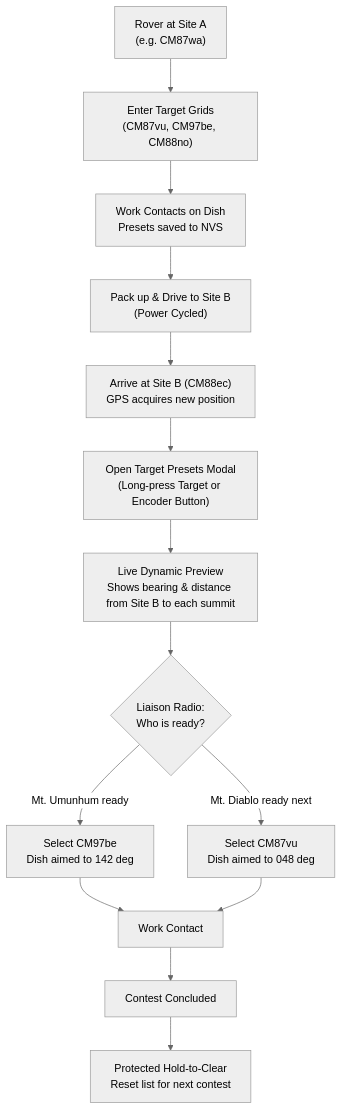
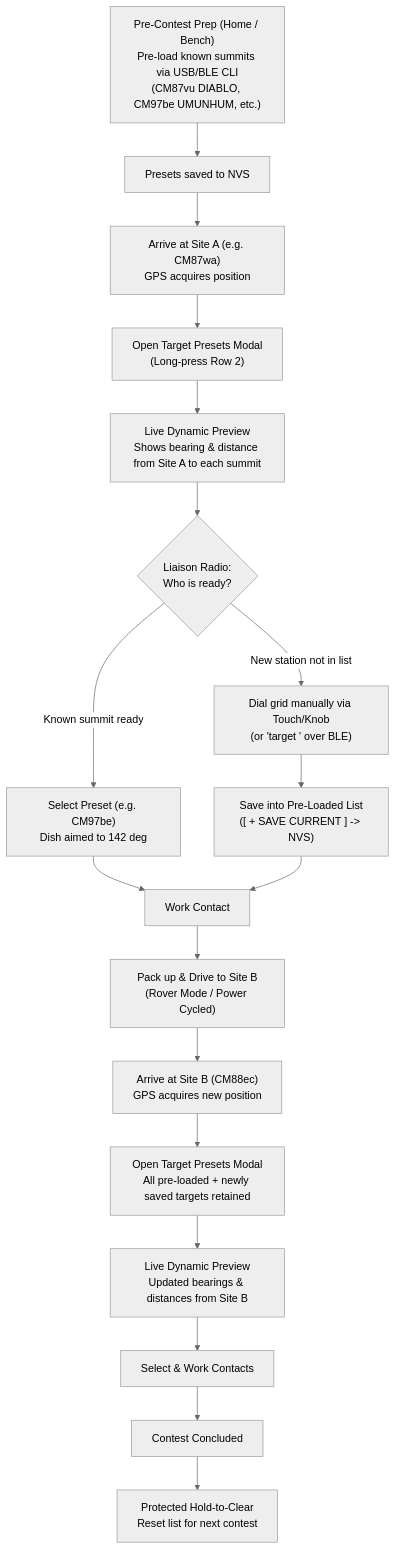
Before and after one commit to cwiskng-max/GNSS_compass: the first of 2 diagrams in docs/design/target-grid-history/DESIGN.md, drawn with Mermaid (neutral theme). The commit also changed other lines of this file, not shown here.

Commit message:
docs(design): align target-grid-history spec with pre-load workflow and modular architecture

````diff
--- a/docs/design/target-grid-history/DESIGN.md
+++ b/docs/design/target-grid-history/DESIGN.md
@@ -30,16 +30,20 @@
 ```mermaid
 flowchart TD
-    A["Rover at Site A<br>(e.g. CM87wa)"] --> B["Enter Target Grids<br>(CM87vu, CM97be, CM88no)"]
-    B --> C["Work Contacts on Dish<br>Presets saved to NVS"]
-    C --> D["Pack up & Drive to Site B<br>(Power Cycled)"]
-    D --> E["Arrive at Site B (CM88ec)<br>GPS acquires new position"]
-    E --> F["Open Target Presets Modal<br>(Long-press Target or Encoder Button)"]
-    F --> G["Live Dynamic Preview<br>Shows bearing & distance from Site B to each summit"]
-    G --> H{"Liaison Radio:<br>Who is ready?"}
-    H -- "Mt. Umunhum ready" --> I["Select CM97be<br>Dish aimed to 142 deg"]
-    H -- "Mt. Diablo ready next" --> J["Select CM87vu<br>Dish aimed to 048 deg"]
-    I --> K["Work Contact"]
-    J --> K
-    K --> L["Contest Concluded"]
-    L --> M["Protected Hold-to-Clear<br>Reset list for next contest"]
+    P0["Pre-Contest Prep (Home / Bench)<br>Pre-load known summits via USB/BLE CLI<br>(CM87vu DIABLO, CM97be UMUNHUM, etc.)"] --> P1["Presets saved to NVS"]
+    P1 --> A["Arrive at Site A (e.g. CM87wa)<br>GPS acquires position"]
+    A --> B["Open Target Presets Modal<br>(Long-press Row 2)"]
+    B --> C["Live Dynamic Preview<br>Shows bearing & distance from Site A to each summit"]
+    C --> D{"Liaison Radio:<br>Who is ready?"}
+    D -- "Known summit ready" --> E["Select Preset (e.g. CM97be)<br>Dish aimed to 142 deg"]
+    D -- "New station not in list" --> F["Dial grid manually via Touch/Knob<br>(or 'target <grid>' over BLE)"]
+    F --> G["Save into Pre-Loaded List<br>([ + SAVE CURRENT ] -> NVS)"]
+    E --> H["Work Contact"]
+    G --> H
+    H --> I["Pack up & Drive to Site B<br>(Rover Mode / Power Cycled)"]
+    I --> J["Arrive at Site B (CM88ec)<br>GPS acquires new position"]
+    J --> K["Open Target Presets Modal<br>All pre-loaded + newly saved targets retained"]
+    K --> L["Live Dynamic Preview<br>Updated bearings & distances from Site B"]
+    L --> M["Select & Work Contacts"]
+    M --> N["Contest Concluded"]
+    N --> O["Protected Hold-to-Clear<br>Reset list for next contest"]
 ```
````
